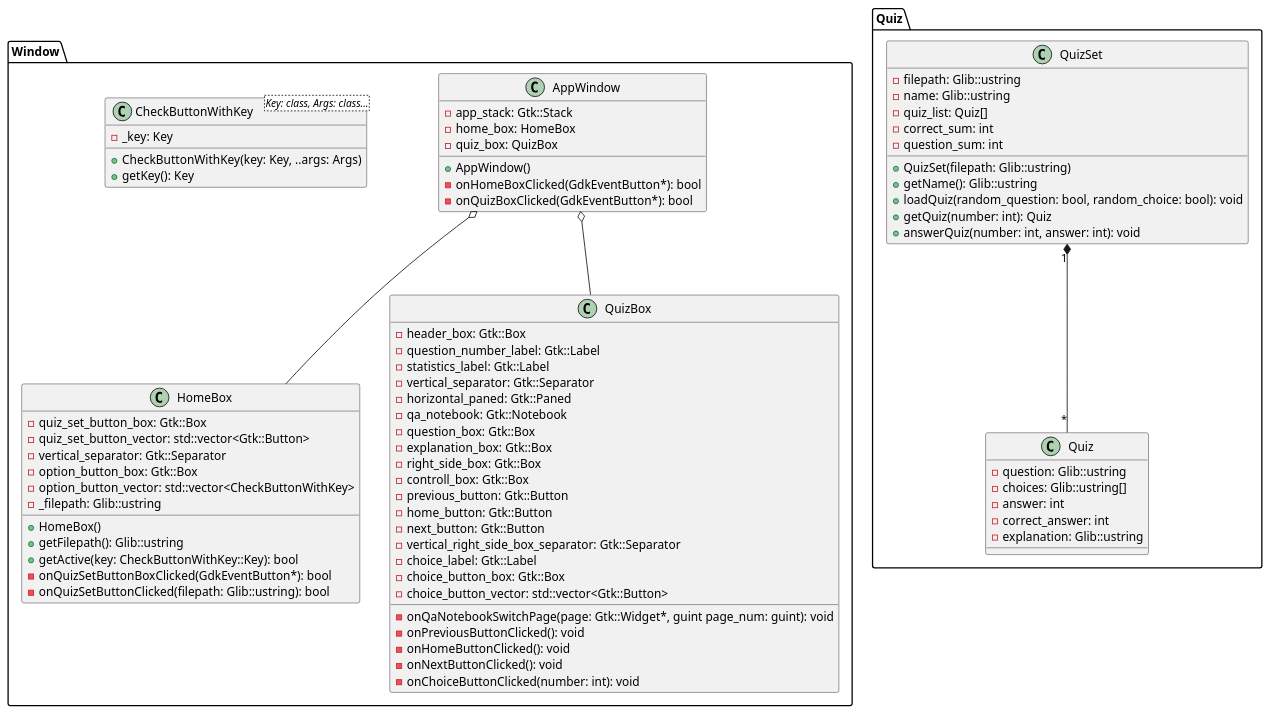
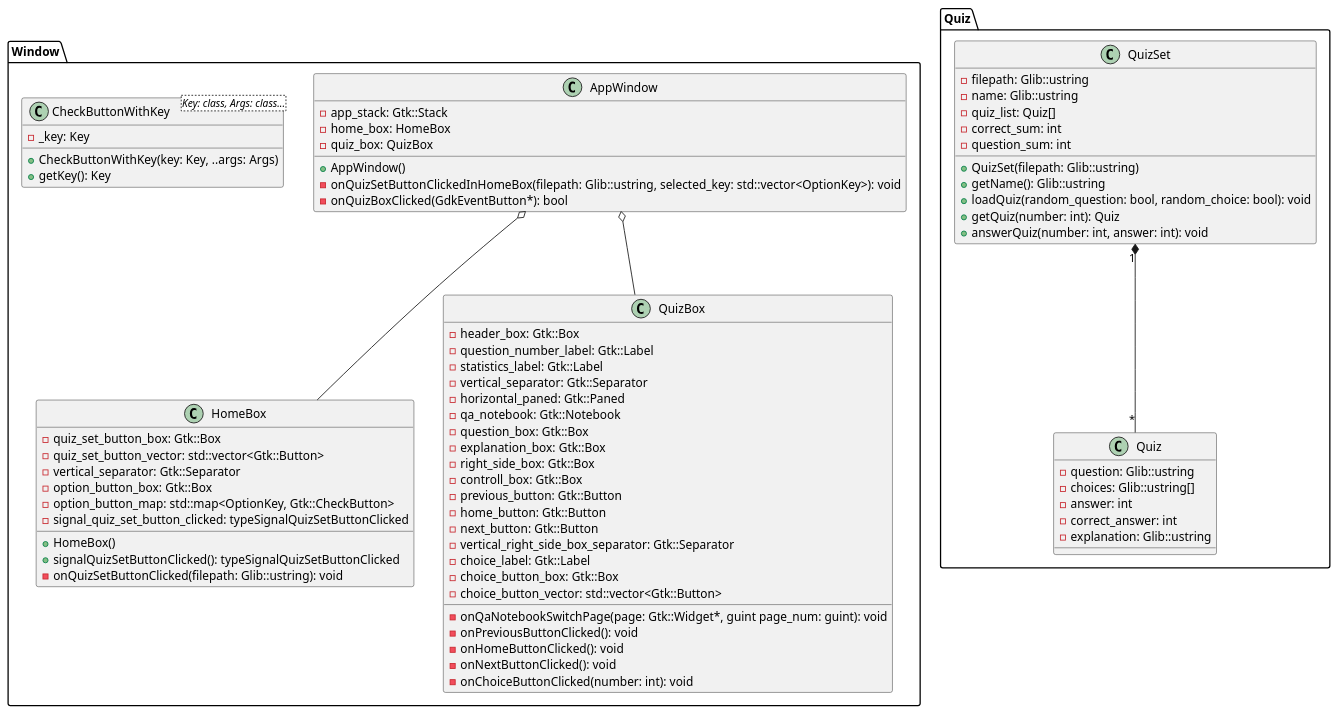
The diagram in design/class_diagram.plantuml (mikiya1130/Multiple_Choice_Quiz), drawn with PlantUML before and after one commit. The commit also changed 6 other files, not shown here.

```diff
--- a/design/class_diagram.plantuml
+++ b/design/class_diagram.plantuml
@@ -1,91 +1,89 @@
 @startuml class_diagram
 
 package "Window" {
     class AppWindow {
         - app_stack: Gtk::Stack
         - home_box: HomeBox
         - quiz_box: QuizBox
 
         + AppWindow()
-        - onHomeBoxClicked(GdkEventButton*): bool
+        - onQuizSetButtonClickedInHomeBox(filepath: Glib::ustring, selected_key: std::vector<OptionKey>): void
         - onQuizBoxClicked(GdkEventButton*): bool
     }
 
     class HomeBox {
         - quiz_set_button_box: Gtk::Box
         - quiz_set_button_vector: std::vector<Gtk::Button>
         - vertical_separator: Gtk::Separator
         - option_button_box: Gtk::Box
-        - option_button_vector: std::vector<CheckButtonWithKey>
-        - _filepath: Glib::ustring
+        - option_button_map: std::map<OptionKey, Gtk::CheckButton>
+        - signal_quiz_set_button_clicked: typeSignalQuizSetButtonClicked
 
         + HomeBox()
-        + getFilepath(): Glib::ustring
-        + getActive(key: CheckButtonWithKey::Key): bool
-        - onQuizSetButtonBoxClicked(GdkEventButton*): bool
-        - onQuizSetButtonClicked(filepath: Glib::ustring): bool
+        + signalQuizSetButtonClicked(): typeSignalQuizSetButtonClicked
+        - onQuizSetButtonClicked(filepath: Glib::ustring): void
     }
 
     class QuizBox {
         - header_box: Gtk::Box
         - question_number_label: Gtk::Label
         - statistics_label: Gtk::Label
         - vertical_separator: Gtk::Separator
         - horizontal_paned: Gtk::Paned
         - qa_notebook: Gtk::Notebook
         - question_box: Gtk::Box
         - explanation_box: Gtk::Box
         - right_side_box: Gtk::Box
         - controll_box: Gtk::Box
         - previous_button: Gtk::Button
         - home_button: Gtk::Button
         - next_button: Gtk::Button
         - vertical_right_side_box_separator: Gtk::Separator
         - choice_label: Gtk::Label
         - choice_button_box: Gtk::Box
         - choice_button_vector: std::vector<Gtk::Button>
 
         - onQaNotebookSwitchPage(page: Gtk::Widget*, guint page_num: guint): void
         - onPreviousButtonClicked(): void
         - onHomeButtonClicked(): void
         - onNextButtonClicked(): void
         - onChoiceButtonClicked(number: int): void
     }
 
     class CheckButtonWithKey<Key: class, Args: class...> {
         - _key: Key
         + CheckButtonWithKey(key: Key, ..args: Args)
         + getKey(): Key
     }
 
     AppWindow o-- HomeBox
     AppWindow o-- QuizBox
 }
 
 package "Quiz" {
     class QuizSet {
         - filepath: Glib::ustring
         - name: Glib::ustring
         - quiz_list: Quiz[]
         - correct_sum: int
         - question_sum: int
 
         + QuizSet(filepath: Glib::ustring)
         + getName(): Glib::ustring
         + loadQuiz(random_question: bool, random_choice: bool): void
         + getQuiz(number: int): Quiz
         + answerQuiz(number: int, answer: int): void
     }
 
     class Quiz {
         - question: Glib::ustring
         - choices: Glib::ustring[]
         - answer: int
         - correct_answer: int
         - explanation: Glib::ustring
     }
 
     QuizSet "1" *-- "*" Quiz
 }
 
 @enduml
```
